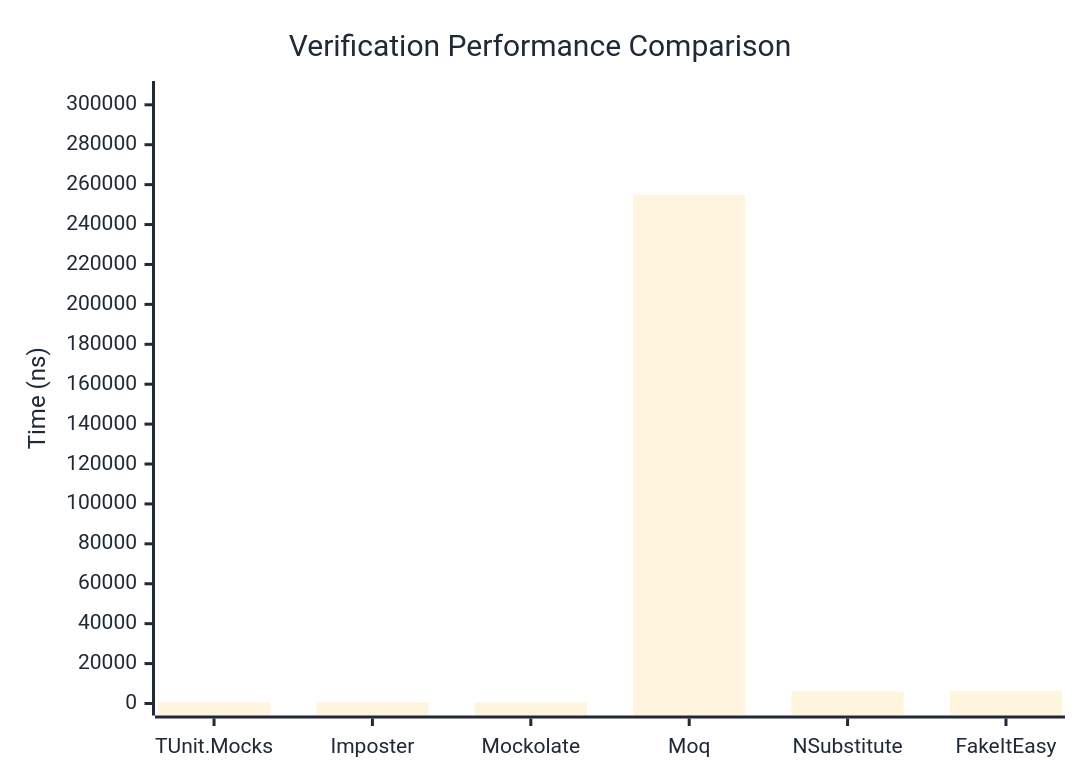
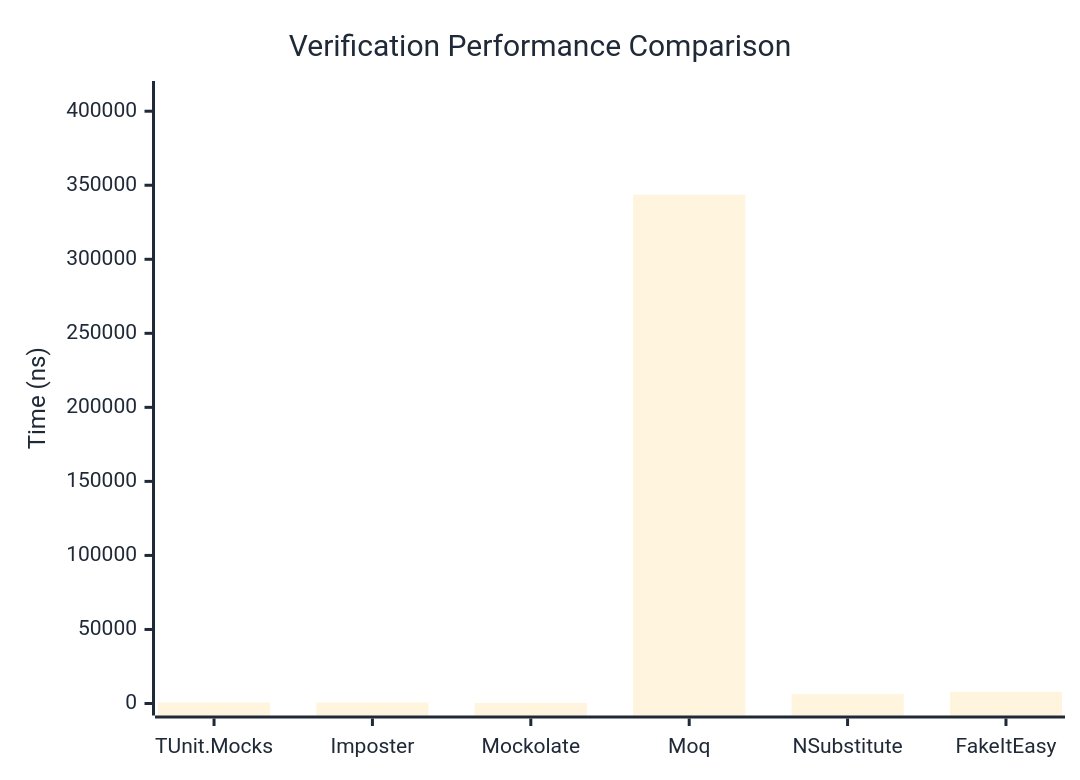
The first of 3 diagrams in docs/docs/benchmarks/mocks/Verification.md (thomhurst/TUnit), drawn with Mermaid before and after one commit. The commit also changed other lines of this file and 14 other files, not shown here.

````diff
--- a/docs/docs/benchmarks/mocks/Verification.md
+++ b/docs/docs/benchmarks/mocks/Verification.md
@@ -28,27 +28,27 @@
 ```mermaid
 %%{init: {
   'theme':'base',
   'themeVariables': {
     'primaryColor': '#2563eb',
     'primaryTextColor': '#1f2937',
     'primaryBorderColor': '#1e40af',
     'lineColor': '#6b7280',
     'secondaryColor': '#7c3aed',
     'tertiaryColor': '#dc2626',
     'background': '#ffffff',
     'pie1': '#2563eb',
     'pie2': '#7c3aed',
     'pie3': '#dc2626',
     'pie4': '#f59e0b',
     'pie5': '#10b981',
     'pie6': '#06b6d4',
     'pie7': '#ec4899',
     'pie8': '#6366f1'
   }
 }}%%
 xychart-beta
   title "Verification Performance Comparison"
   x-axis ["TUnit.Mocks", "Imposter", "Mockolate", "Moq", "NSubstitute", "FakeItEasy"]
-  y-axis "Time (ns)" 0 --> 305916
-  bar [688.23, 693.89, 426.28, 254929.86, 5929.76, 6360.66]
+  y-axis "Time (ns)" 0 --> 412302
+  bar [647.2, 697.68, 418.84, 343584.41, 6343.02, 7912.7]
 ```
````
